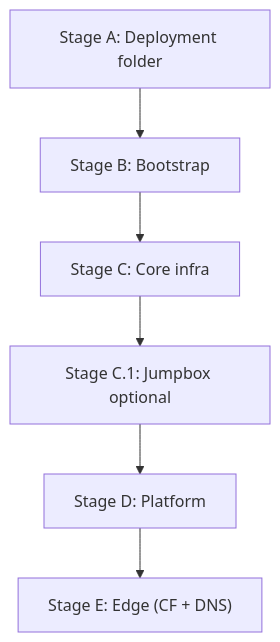
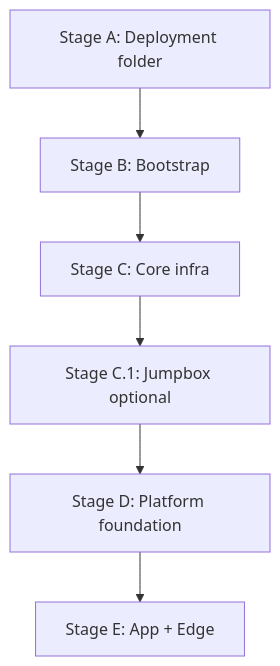
One commit to ProfiseeAdmin/kubernetes changed the second of 2 diagrams in AWS-OpenTofu/docs/00-overview.md. Above: the diagram before and after it, drawn with Mermaid. The commit also changed other lines of this file and 7 other files, not shown here.

````diff
--- a/AWS-OpenTofu/docs/00-overview.md
+++ b/AWS-OpenTofu/docs/00-overview.md
@@ -45,8 +46,8 @@
 ```mermaid
 flowchart TD
   A["Stage A: Deployment folder"] --> B["Stage B: Bootstrap"]
   B --> C["Stage C: Core infra"]
   C --> C1["Stage C.1: Jumpbox optional"]
-  C1 --> D["Stage D: Platform"]
-  D --> E["Stage E: Edge (CF + DNS)"]
+  C1 --> D["Stage D: Platform foundation"]
+  D --> E["Stage E: App + Edge"]
 ```
````
